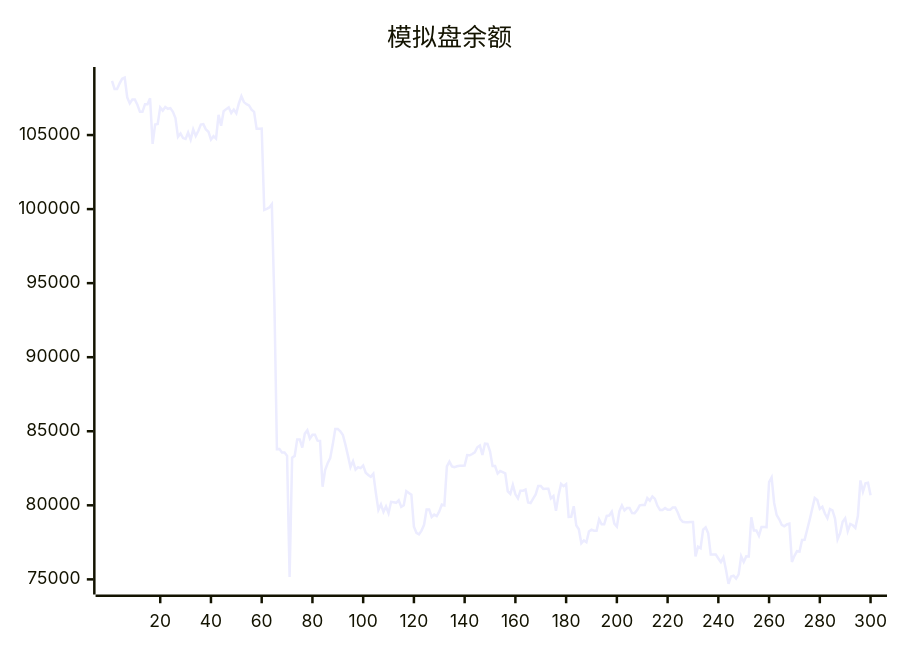
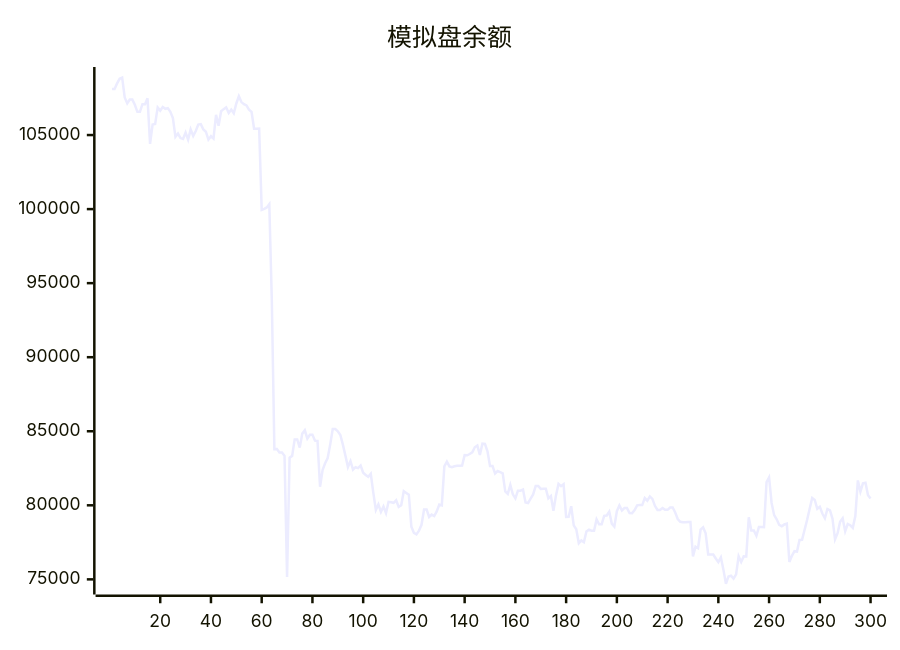
One commit to aahl/ai-trading changed the diagram in README.md. Above: the diagram before and after it, drawn with Mermaid. The commit also changed other lines of this file and 1 other file, not shown here.

````diff
--- a/README.md
+++ b/README.md
@@ -5,5 +5,5 @@
 ```mermaid
 xychart
     title "模拟盘余额"
-    line [108661,108116,108115,108485,108797,108877,107536,107134,107393,107393,107046,106565,106565,107081,107081,107478,104404,105715,105749,106866,106651,106889,106771,106816,106565,106141,104876,105103,104796,104734,105169,104690,105380,104941,105272,105709,105739,105374,105227,104691,104924,104762,106364,105628,106608,106748,106872,106485,106721,106468,107132,107620,107224,107080,107001,106717,106567,105431,105431,105440,99950,100017,100113,100337,93749,83795,83807,83567,83567,83342,75168,83222,83336,84448,84449,83896,84839,85065,84499,84757,84757,84364,84347,81254,82385,82835,83184,84099,85150,85150,85002,84751,84096,83356,82582,82983,82404,82572,82512,82688,82200,82047,81920,82125,80840,79688,80060,79552,79920,79470,80236,80208,80170,80336,79894,80006,80954,80837,80712,78561,78139,78037,78293,78682,79720,79720,79214,79372,79279,79591,80046,79993,82625,82950,82626,82571,82633,82670,82670,82681,83386,83378,83464,83579,83920,84037,83402,84160,84142,83652,82655,82655,82145,82315,82243,82163,80934,80770,81371,80742,80468,80989,80989,81067,80191,80155,80450,80737,81309,81309,81106,81119,81119,80471,80631,79624,80670,81448,81290,81429,79212,79222,79940,78643,78380,77432,77623,77504,78235,78358,78284,78277,79048,78714,78714,79290,79308,79567,78763,78563,79603,79988,79652,79813,79813,79476,79469,79673,79995,80015,80015,80486,80314,80600,80436,79966,79689,79689,79819,79692,79692,79850,79850,79518,79071,78889,78850,78850,78878,78878,76554,77202,77103,78357,78510,78106,76678,76677,76672,76411,76159,76485,75656,74695,75197,75246,75052,75334,76564,76179,76553,76551,79196,78300,78300,77944,78531,78531,78521,81564,81884,80160,79335,79055,78675,78580,78708,78764,76179,76586,76902,76876,77658,77669,78346,79023,79769,80497,80366,79761,79896,79448,79126,79749,79658,79097,77695,78114,78888,79126,78249,78738,78653,78478,79271,81680,80923,81488,81527,80681]
+    line [108116,108115,108485,108797,108877,107536,107134,107393,107393,107046,106565,106565,107081,107081,107478,104404,105715,105749,106866,106651,106889,106771,106816,106565,106141,104876,105103,104796,104734,105169,104690,105380,104941,105272,105709,105739,105374,105227,104691,104924,104762,106364,105628,106608,106748,106872,106485,106721,106468,107132,107620,107224,107080,107001,106717,106567,105431,105431,105440,99950,100017,100113,100337,93749,83795,83807,83567,83567,83342,75168,83222,83336,84448,84449,83896,84839,85065,84499,84757,84757,84364,84347,81254,82385,82835,83184,84099,85150,85150,85002,84751,84096,83356,82582,82983,82404,82572,82512,82688,82200,82047,81920,82125,80840,79688,80060,79552,79920,79470,80236,80208,80170,80336,79894,80006,80954,80837,80712,78561,78139,78037,78293,78682,79720,79720,79214,79372,79279,79591,80046,79993,82625,82950,82626,82571,82633,82670,82670,82681,83386,83378,83464,83579,83920,84037,83402,84160,84142,83652,82655,82655,82145,82315,82243,82163,80934,80770,81371,80742,80468,80989,80989,81067,80191,80155,80450,80737,81309,81309,81106,81119,81119,80471,80631,79624,80670,81448,81290,81429,79212,79222,79940,78643,78380,77432,77623,77504,78235,78358,78284,78277,79048,78714,78714,79290,79308,79567,78763,78563,79603,79988,79652,79813,79813,79476,79469,79673,79995,80015,80015,80486,80314,80600,80436,79966,79689,79689,79819,79692,79692,79850,79850,79518,79071,78889,78850,78850,78878,78878,76554,77202,77103,78357,78510,78106,76678,76677,76672,76411,76159,76485,75656,74695,75197,75246,75052,75334,76564,76179,76553,76551,79196,78300,78300,77944,78531,78531,78521,81564,81884,80160,79335,79055,78675,78580,78708,78764,76179,76586,76902,76876,77658,77669,78346,79023,79769,80497,80366,79761,79896,79448,79126,79749,79658,79097,77695,78114,78888,79126,78249,78738,78653,78478,79271,81680,80923,81488,81527,80681,80455]
 ```
````
